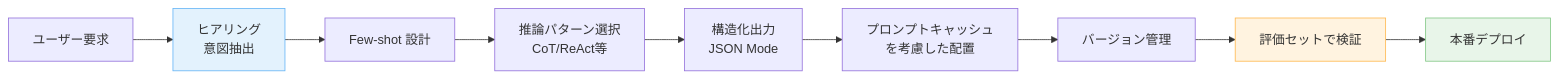
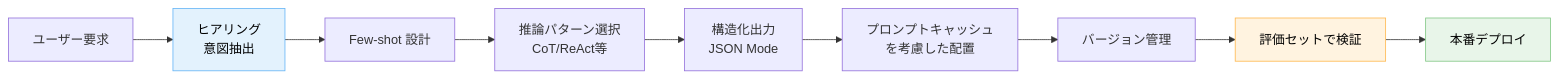
Before and after one commit to dinekt/dinekt-wiki: the second of 3 diagrams in docs/map.md, drawn with Mermaid. The commit also changed other lines of this file and 71 other files, not shown here.

First line of the commit message:
fix: mermaid readability + remove GitHub repo toolbar

````diff
--- a/docs/map.md
+++ b/docs/map.md
@@ -72,15 +72,15 @@
 ```mermaid
 flowchart LR
     I[ユーザー要求] --> H[ヒアリング<br/>意図抽出]
     H --> F[Few-shot 設計]
     F --> R[推論パターン選択<br/>CoT/ReAct等]
     R --> S[構造化出力<br/>JSON Mode]
     S --> C[プロンプトキャッシュ<br/>を考慮した配置]
     C --> V[バージョン管理]
     V --> E[評価セットで検証]
     E --> D[本番デプロイ]
 
-    style H fill:#e3f2fd,stroke:#64b5f6
-    style E fill:#fff3e0,stroke:#ffb74d
-    style D fill:#e8f5e9,stroke:#81c784
+    style H fill:#e3f2fd,stroke:#64b5f6,color:#000
+    style E fill:#fff3e0,stroke:#ffb74d,color:#000
+    style D fill:#e8f5e9,stroke:#81c784,color:#000
 ```
````
